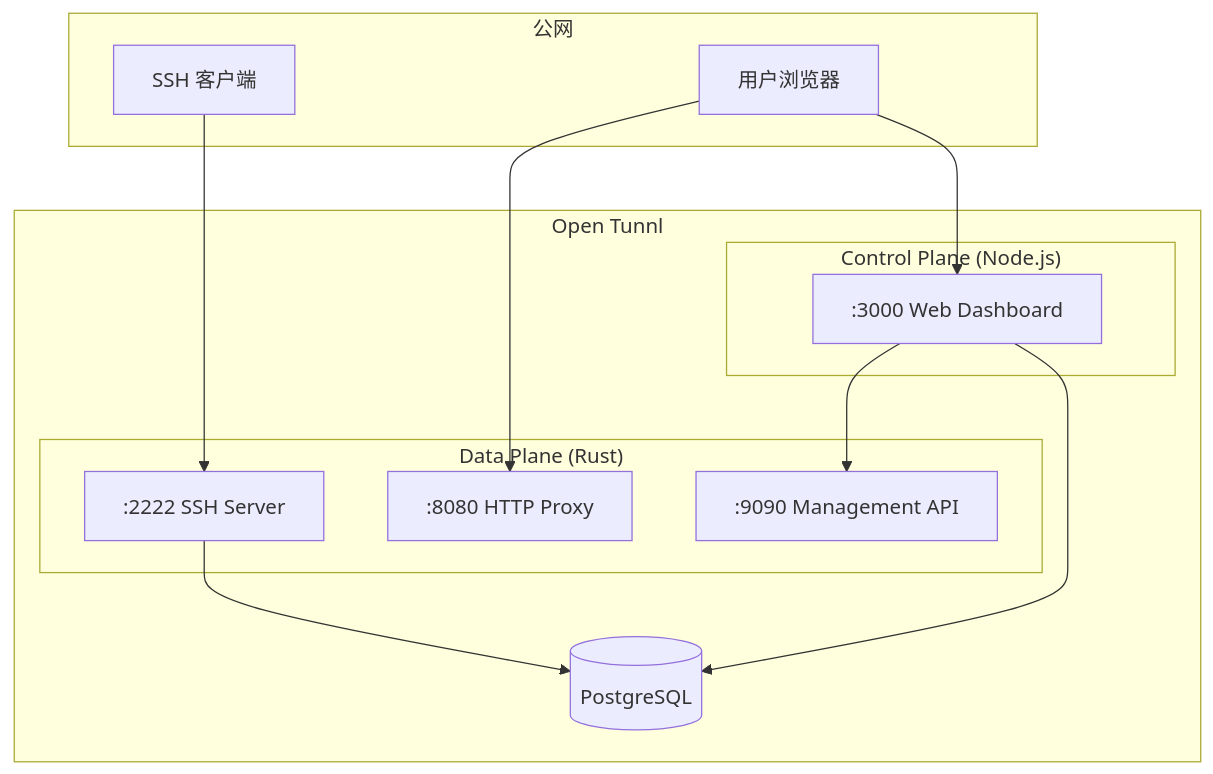
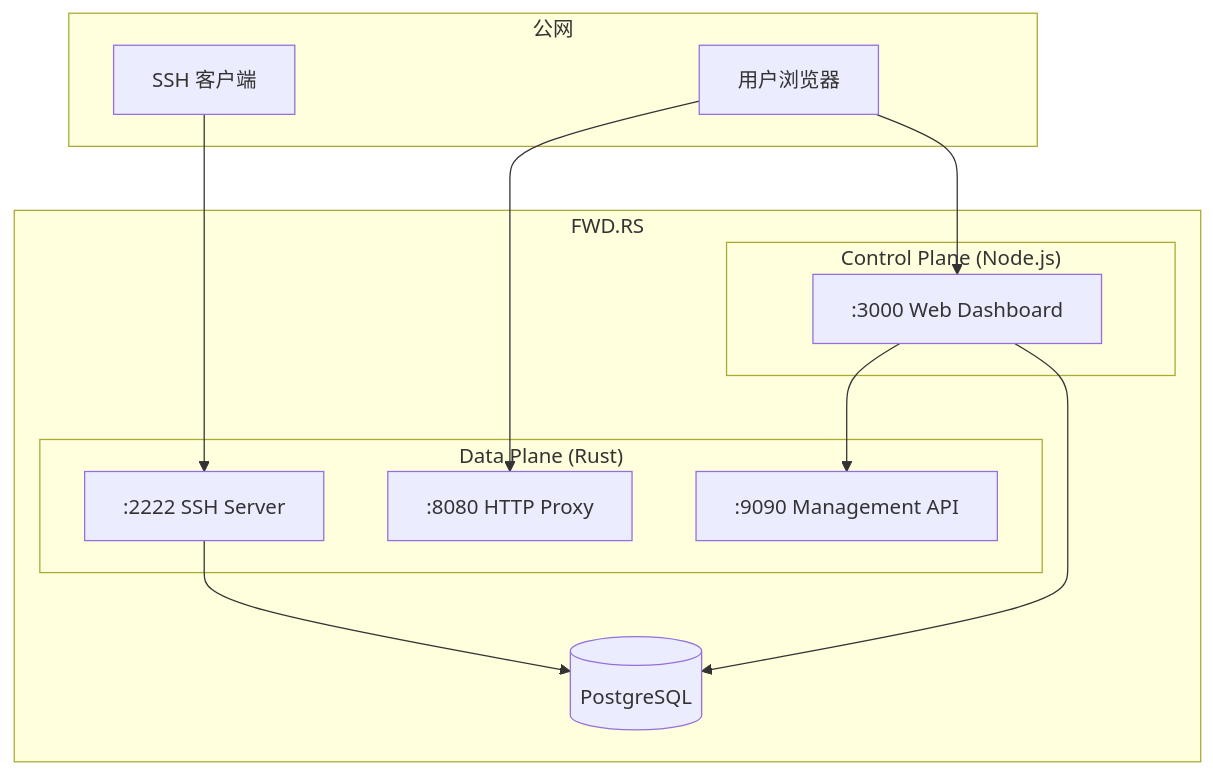
The first of 3 diagrams in apps/docs/content/docs/architecture.mdx (ZingerLittleBee/EXLO), drawn with Mermaid before and after one commit. The commit also changed other lines of this file and 9 other files, not shown here.

````diff
--- a/apps/docs/content/docs/architecture.mdx
+++ b/apps/docs/content/docs/architecture.mdx
@@ -11,28 +11,28 @@
 ```mermaid
 flowchart TB
     subgraph public["公网"]
         client[SSH 客户端]
         browser[用户浏览器]
     end
 
-    subgraph cluster["Open Tunnl"]
+    subgraph cluster["FWD.RS"]
         subgraph data["Data Plane (Rust)"]
             ssh[":2222 SSH Server"]
             proxy[":8080 HTTP Proxy"]
             mgmt[":9090 Management API"]
         end
 
         subgraph control["Control Plane (Node.js)"]
             web[":3000 Web Dashboard"]
         end
 
         db[(PostgreSQL)]
     end
 
     client --> ssh
     browser --> proxy
     browser --> web
     web --> mgmt
     ssh --> db
     web --> db
 ```
````
